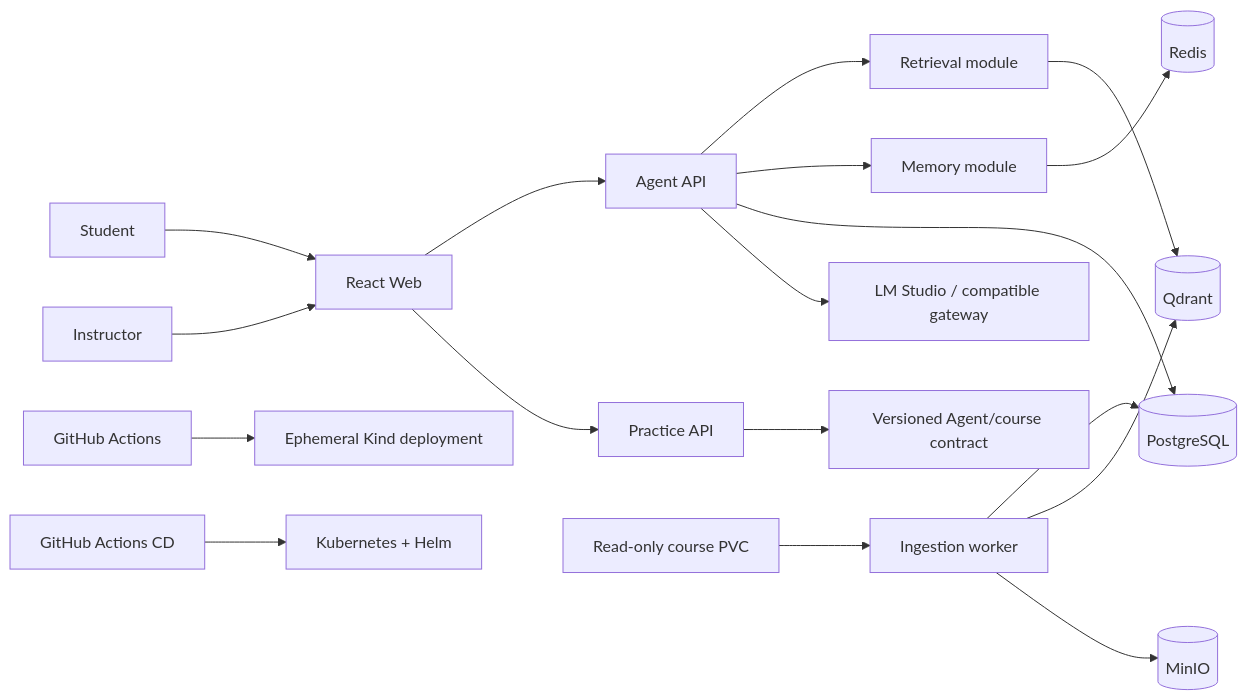
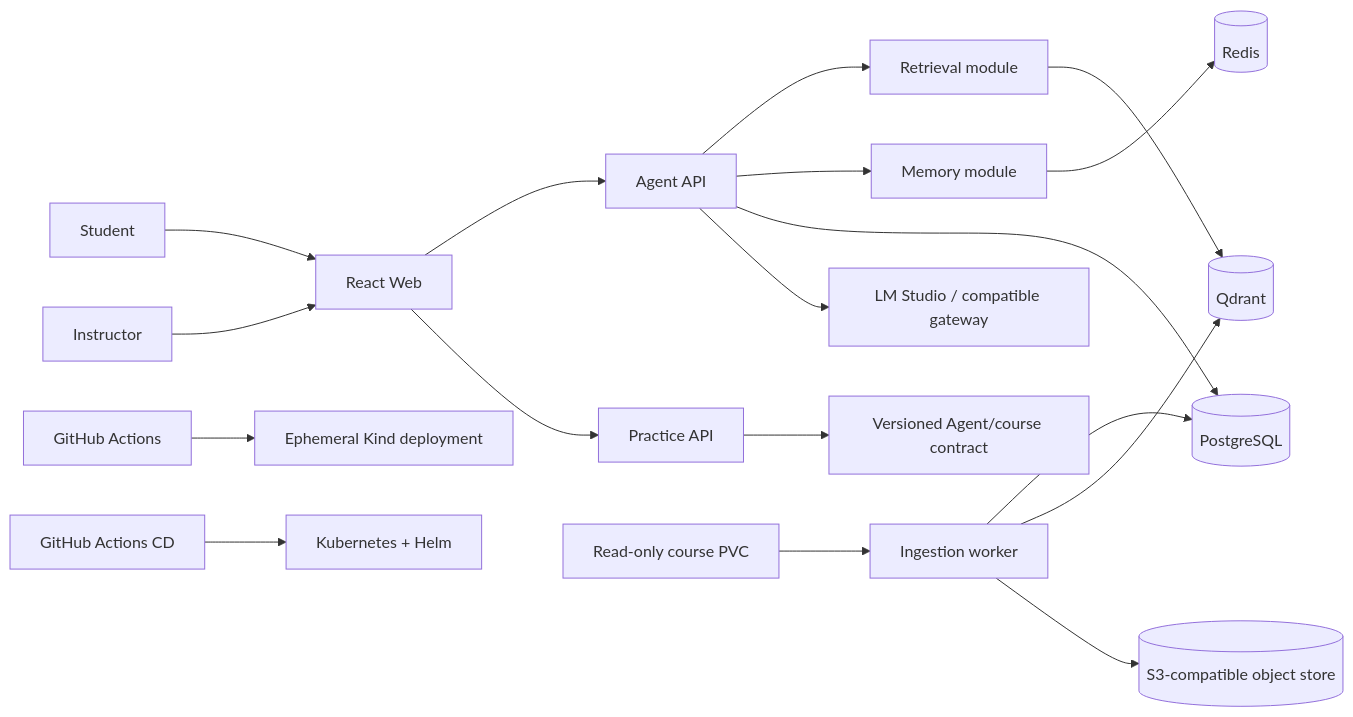
One commit to lao-raul/ai-course-tutor-agent changed the diagram in docs/function-spec.md. Above: the diagram before and after it, drawn with Mermaid. The commit also changed other lines of this file and 41 other files, not shown here.

````diff
--- a/docs/function-spec.md
+++ b/docs/function-spec.md
@@ -136,20 +149,20 @@
 ```mermaid
 flowchart LR
   Student --> Web[React Web]
   Instructor --> Web
   Web --> Agent[Agent API]
   Web --> Practice[Practice API]
   Agent --> Retrieval[Retrieval module]
   Agent --> Memory[Memory module]
   Agent --> DB[(PostgreSQL)]
   Practice --> AgentContract[Versioned Agent/course contract]
   Agent --> LLM[LM Studio / compatible gateway]
   Retrieval --> Q[(Qdrant)]
   Memory --> Redis[(Redis)]
   NAS[Read-only course PVC] --> Worker[Ingestion worker]
   Worker --> DB
   Worker --> Q
-  Worker --> Objects[(MinIO)]
+  Worker --> Objects[(S3-compatible object store)]
   CI[GitHub Actions] --> Kind[Ephemeral Kind deployment]
   CD[GitHub Actions CD] --> K8s[Kubernetes + Helm]
 ```
````
